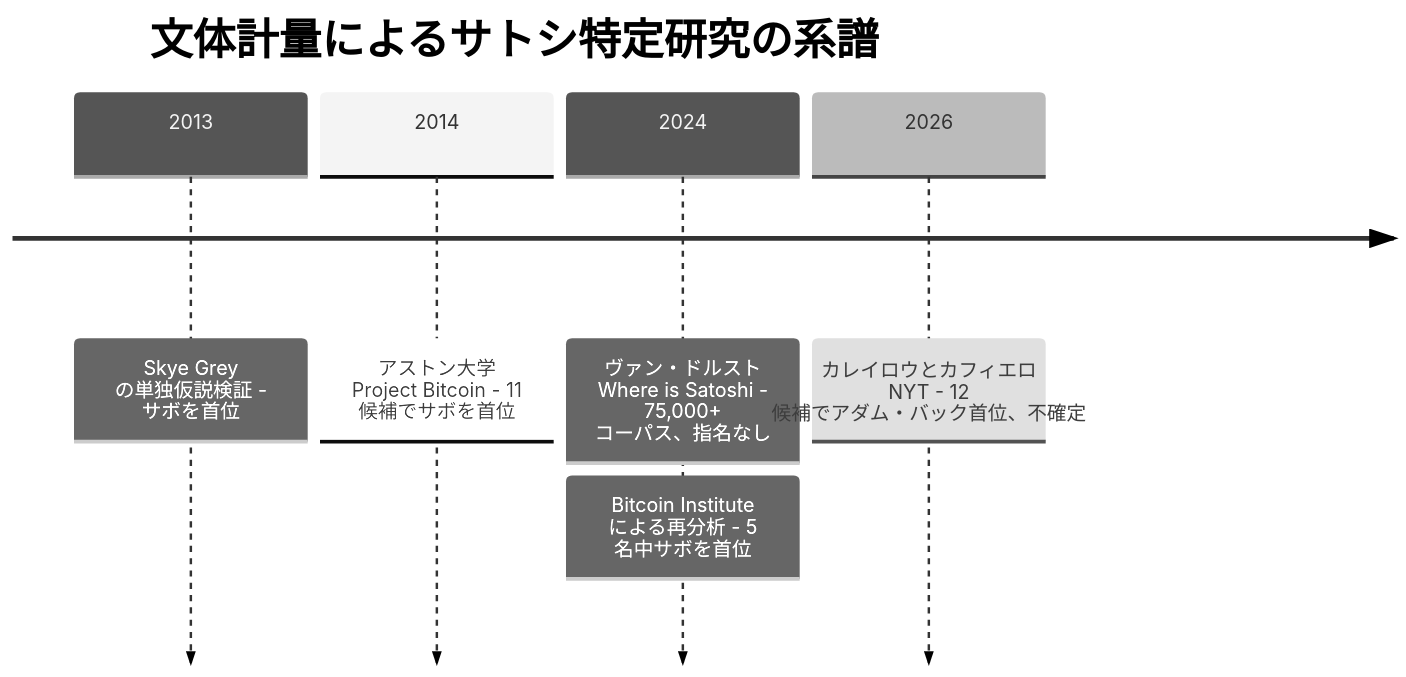
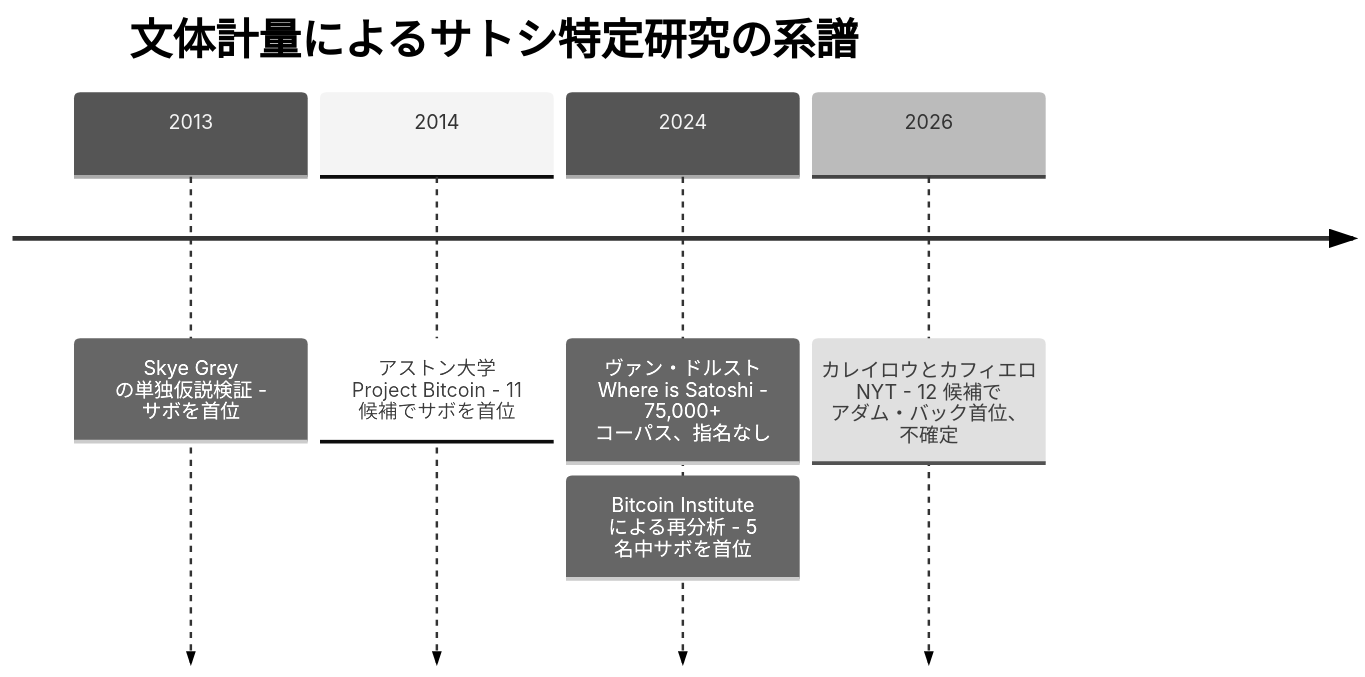
The diagram in src/data/translations/ja/analysis/2026-05-03-van-dorst-corpus-reanalysis-named-candidates.md (cypher256/BitcoinArchive), drawn with Mermaid (neutral theme) before and after one commit. The commit also changed 29 other files, not shown here.

````diff
--- a/src/data/translations/ja/analysis/2026-05-03-van-dorst-corpus-reanalysis-named-candidates.md
+++ b/src/data/translations/ja/analysis/2026-05-03-van-dorst-corpus-reanalysis-named-candidates.md
@@ -112,9 +112,9 @@
 ```mermaid
 timeline
     title 文体計量によるサトシ特定研究の系譜
     2013 : Skye Grey の単独仮説検証 - サボを首位
     2014 : アストン大学 Project Bitcoin - 11 候補でサボを首位
     2024 : ヴァン・ドルスト Where is Satoshi - 75,000+ コーパス、指名なし
          : Bitcoin Institute による再分析 - 5 名中サボを首位
-    2026 : カレイロウとカフィエロ NYT - 12 候補でアダム・バック首位、不確定
+    2026 : カレイロウとカフィエロ NYT - 12 候補で アダム・バック首位、 不確定
 ```
````
